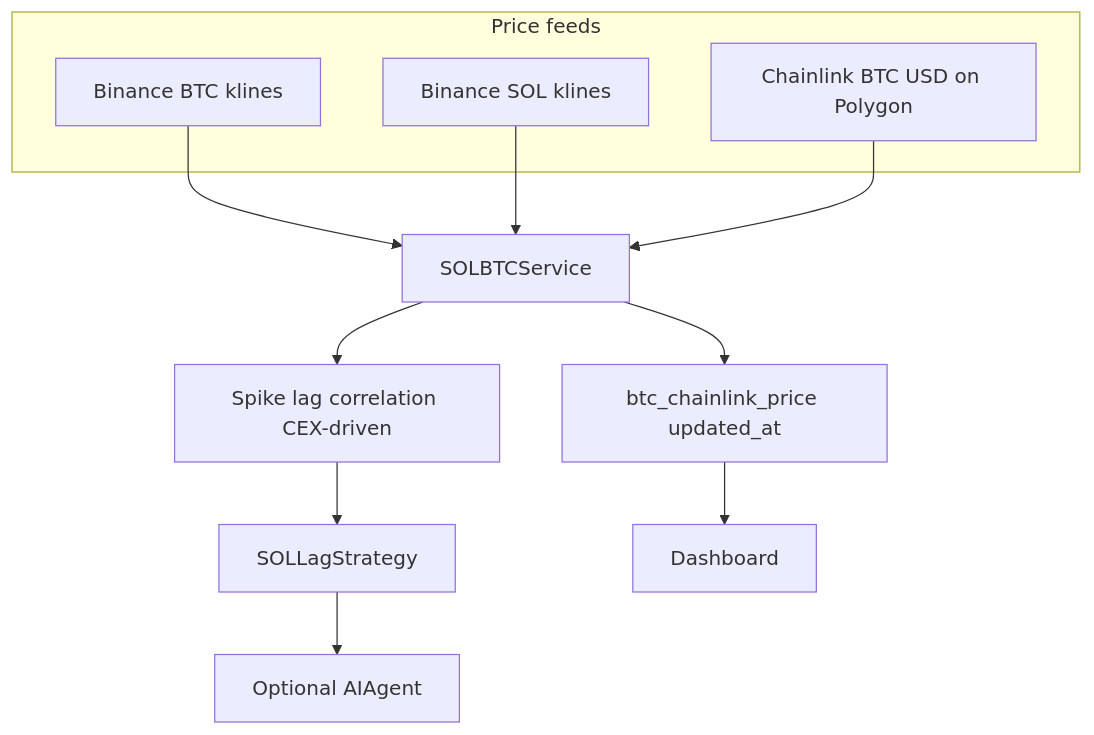
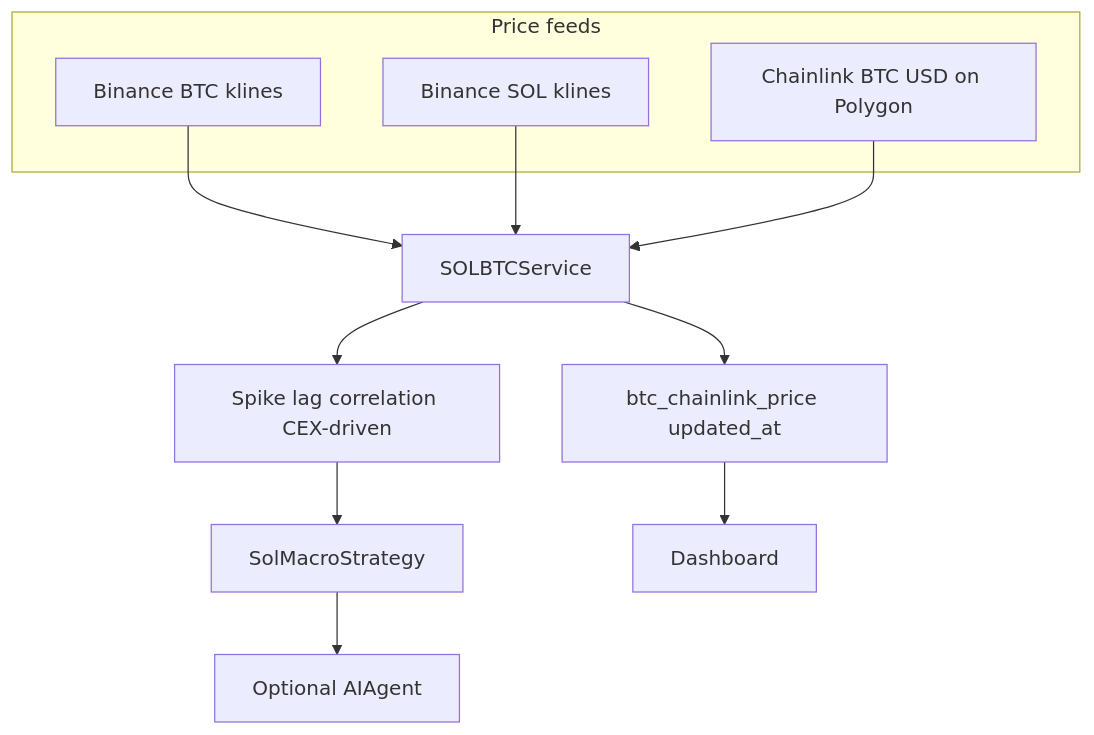
The second of 2 diagrams in docs/AI_AND_CHAINLINK_DIAGRAMS.md (KJohnson-700/PSB), drawn with Mermaid before and after one commit. The commit also changed 44 other files, not shown here.

First line of the commit message:
feat: macro strategy rename, asset-aware logging, dashboard spot prices

````diff
--- a/docs/AI_AND_CHAINLINK_DIAGRAMS.md
+++ b/docs/AI_AND_CHAINLINK_DIAGRAMS.md
@@ -36,17 +36,17 @@
 ```mermaid
 flowchart TB
   subgraph feeds [Price feeds]
     BN_BTC[Binance BTC klines]
     BN_SOL[Binance SOL klines]
     CL[Chainlink BTC USD on Polygon]
   end
   HUB[SOLBTCService]
   BN_BTC --> HUB
   BN_SOL --> HUB
   CL --> HUB
   HUB --> CEX_OUT[Spike lag correlation CEX-driven]
   HUB --> CL_OUT[btc_chainlink_price updated_at]
-  CEX_OUT --> STRAT[SOLLagStrategy]
+  CEX_OUT --> STRAT[SolMacroStrategy]
   CL_OUT --> DASH[Dashboard]
   STRAT --> AI_OPT[Optional AIAgent]
 ```
````
